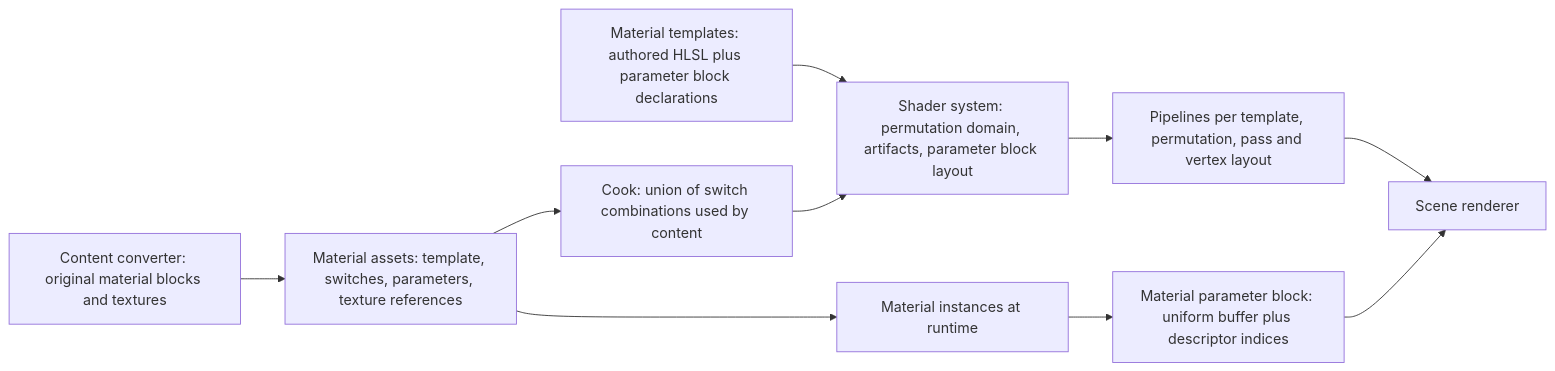
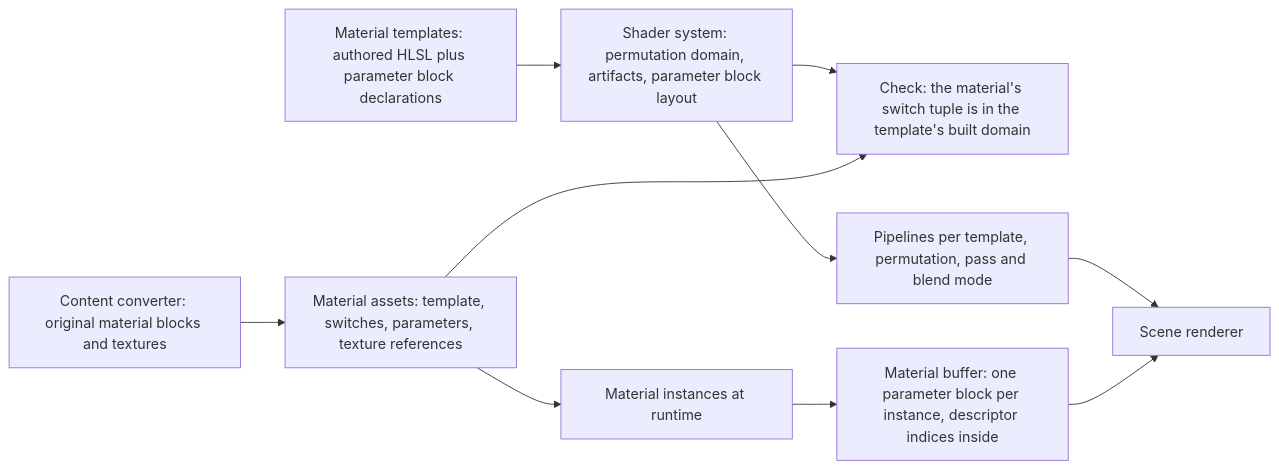
Before and after one commit to plainsight-systems/bullet-witch: the first of 3 diagrams in docs/architecture/materials.md, drawn with Mermaid. The commit also changed other lines of this file, not shown here.

First line of the commit message:
Build each material template's whole switch domain and place blocks in one buffer

````diff
--- a/docs/architecture/materials.md
+++ b/docs/architecture/materials.md
@@ -19,12 +18,12 @@
 ```mermaid
 flowchart LR
     IMP["Content converter: original material blocks and textures"] --> MA["Material assets: template, switches, parameters, texture references"]
     T["Material templates: authored HLSL plus parameter block declarations"] --> SS["Shader system: permutation domain, artifacts, parameter block layout"]
-    MA --> CK["Cook: union of switch combinations used by content"]
-    CK --> SS
+    SS --> CH["Check: the material's switch tuple is in the template's built domain"]
+    MA --> CH
     MA --> MI["Material instances at runtime"]
-    SS --> PL["Pipelines per template, permutation, pass and vertex layout"]
-    MI --> UB["Material parameter block: uniform buffer plus descriptor indices"]
+    SS --> PL["Pipelines per template, permutation, pass and blend mode"]
+    MI --> UB["Material buffer: one parameter block per instance, descriptor indices inside"]
     PL --> R["Scene renderer"]
     UB --> R
 ```
````
